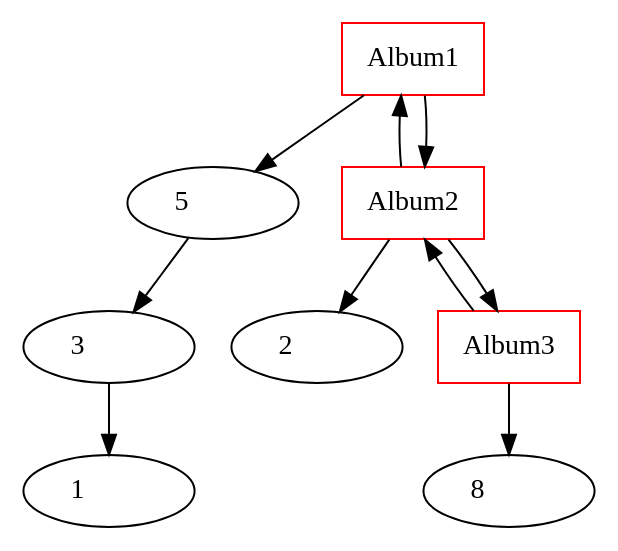
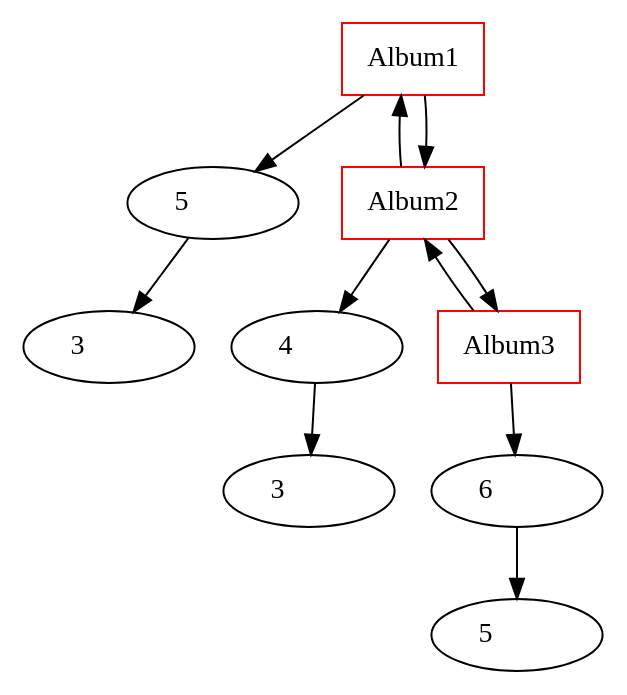
Before and after one commit to FranklinONP/EDD_PROYECTO_202200089: the diagram in Fase2_EDD/Albumes.dot, drawn with Graphviz. The commit also changed 10 other files, not shown here.

```diff
--- a/Fase2_EDD/Albumes.dot
+++ b/Fase2_EDD/Albumes.dot
@@ -1,20 +1,22 @@
  digraph G {
  rankdir=TB;
  node0 [label="Album1", color="red", shape="rectangle"];
  element00 [label="5         ", shape="ellipse"];
  node0 -> element00 [dir="forward"];
  element00 -> element01 [dir="forward"];
  element01 [label="3         ", shape="ellipse"];
- element01 -> element02 [dir="forward"];
- element02 [label="1         ", shape="ellipse"];
  node1 [label="Album2", color="red", shape="rectangle"];
- element10 [label="2         ", shape="ellipse"];
+ element10 [label="4         ", shape="ellipse"];
  node1 -> element10 [dir="forward"];
+ element10 -> element11 [dir="forward"];
+ element11 [label="3         ", shape="ellipse"];
  node0 -> node1 [dir="back"];
  node0 -> node1 [dir="forward"];
  node2 [label="Album3", color="red", shape="rectangle"];
- element20 [label="8         ", shape="ellipse"];
+ element20 [label="6         ", shape="ellipse"];
  node2 -> element20 [dir="forward"];
+ element20 -> element21 [dir="forward"];
+ element21 [label="5         ", shape="ellipse"];
  node1 -> node2 [dir="back"];
  node1 -> node2 [dir="forward"];
  }
```
